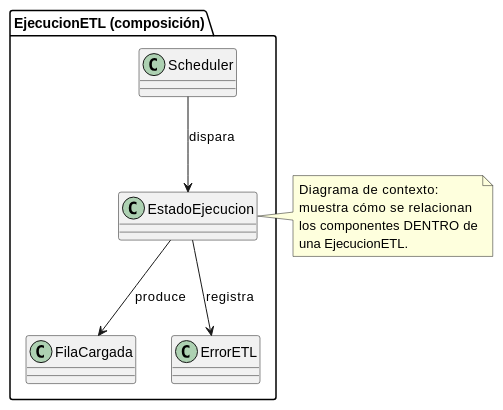
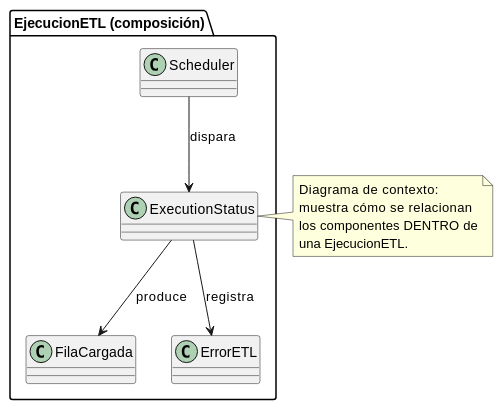
The diagram in source/requisitos/_metodologia-aplicacion/agregacion-interfaces/contexto-de-composicion-ejecucionetl.rst (jcg-admin/IACT-docs), drawn with PlantUML before and after one commit. The commit also changed 96 other files, not shown here.

```diff
--- a/source/requisitos/_metodologia-aplicacion/agregacion-interfaces/contexto-de-composicion-ejecucionetl.rst
+++ b/source/requisitos/_metodologia-aplicacion/agregacion-interfaces/contexto-de-composicion-ejecucionetl.rst
@@ -4,22 +4,22 @@
 .. uml::
 
    @startuml
    allowmixing
 
    package "EjecucionETL (composición)" {
      class Scheduler
      class FilaCargada
      class ErrorETL
-     class EstadoEjecucion
+     class ExecutionStatus
 
-     Scheduler --> EstadoEjecucion : dispara
-     EstadoEjecucion --> FilaCargada : produce
-     EstadoEjecucion --> ErrorETL    : registra
+     Scheduler --> ExecutionStatus : dispara
+     ExecutionStatus --> FilaCargada : produce
+     ExecutionStatus --> ErrorETL    : registra
    }
-   note right of EstadoEjecucion
+   note right of ExecutionStatus
      Diagrama de contexto:
      muestra cómo se relacionan
      los componentes DENTRO de
      una EjecucionETL.
    end note
    @enduml
```
